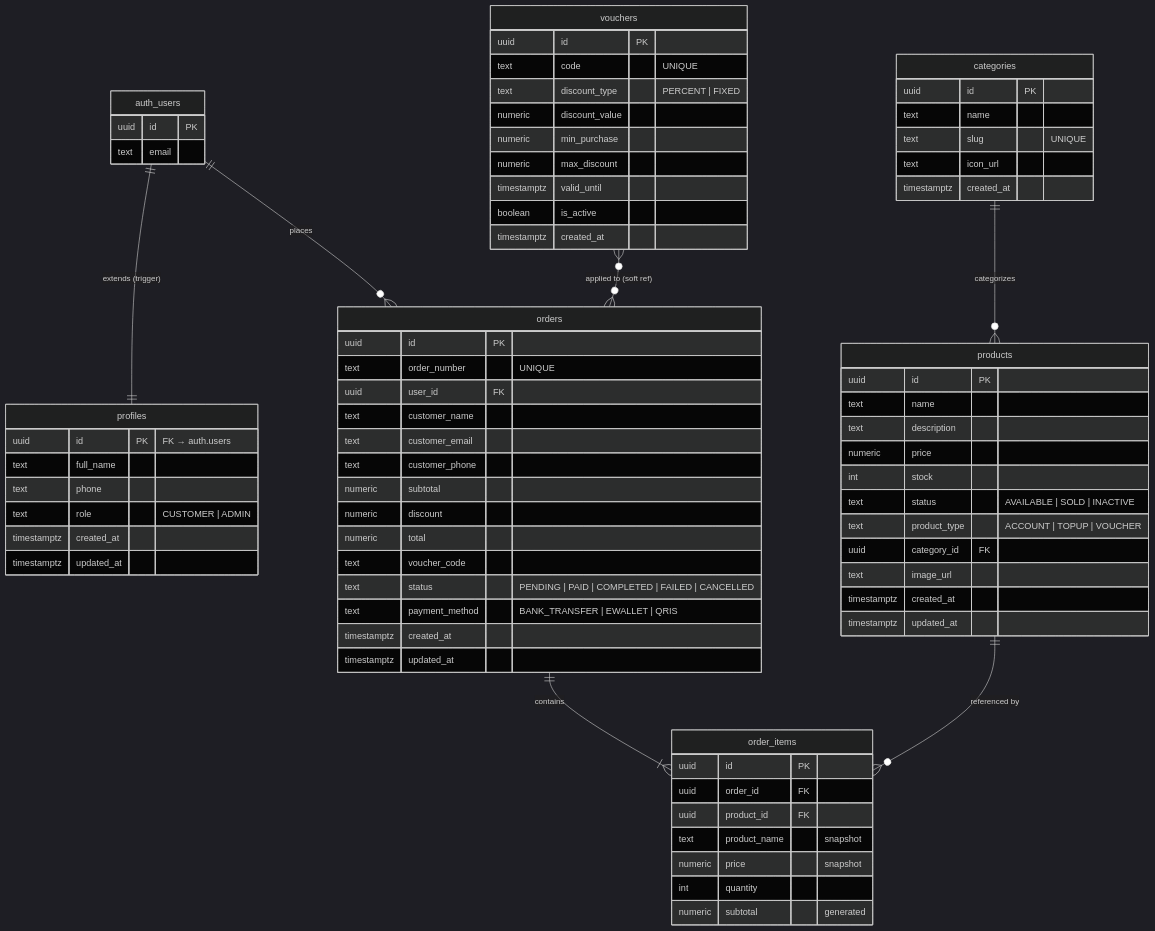
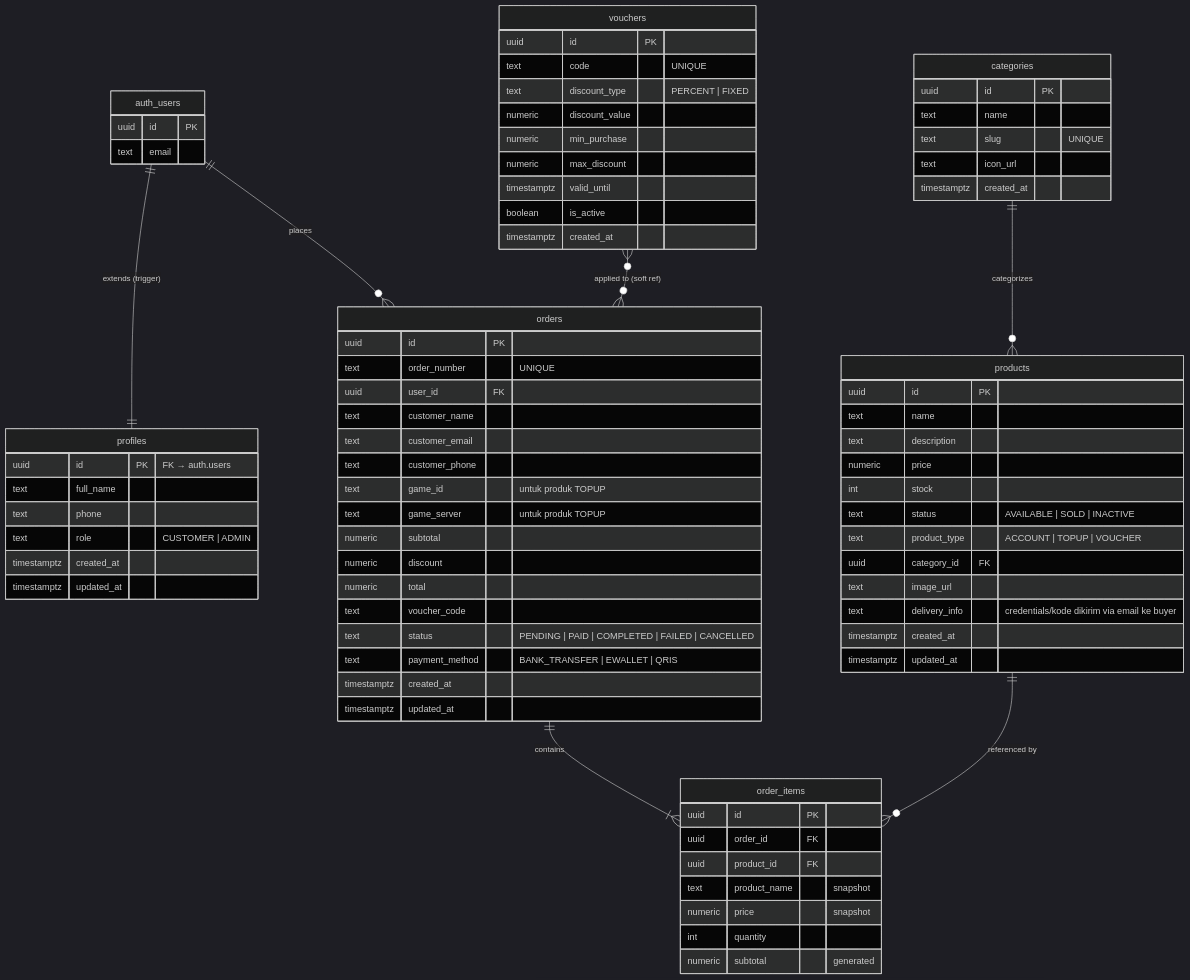
One commit to RaisyalD/johen-marketplace changed the diagram in README.md. Above: the diagram before and after it, drawn with Mermaid (dark theme). The commit also changed other lines of this file, not shown here.

````diff
--- a/README.md
+++ b/README.md
@@ -121,78 +138,81 @@
 ```mermaid
 erDiagram
     auth_users {
         uuid id PK
         text email
     }
     profiles {
         uuid id PK "FK → auth.users"
         text full_name
         text phone
         text role "CUSTOMER | ADMIN"
         timestamptz created_at
         timestamptz updated_at
     }
     categories {
         uuid id PK
         text name
         text slug "UNIQUE"
         text icon_url
         timestamptz created_at
     }
     products {
         uuid id PK
         text name
         text description
         numeric price
         int stock
         text status "AVAILABLE | SOLD | INACTIVE"
         text product_type "ACCOUNT | TOPUP | VOUCHER"
         uuid category_id FK
         text image_url
+        text delivery_info "credentials/kode dikirim via email ke buyer"
         timestamptz created_at
         timestamptz updated_at
     }
     vouchers {
         uuid id PK
         text code "UNIQUE"
         text discount_type "PERCENT | FIXED"
         numeric discount_value
         numeric min_purchase
         numeric max_discount
         timestamptz valid_until
         boolean is_active
         timestamptz created_at
     }
     orders {
         uuid id PK
         text order_number "UNIQUE"
         uuid user_id FK
         text customer_name
         text customer_email
         text customer_phone
+        text game_id "untuk produk TOPUP"
+        text game_server "untuk produk TOPUP"
         numeric subtotal
         numeric discount
         numeric total
         text voucher_code
         text status "PENDING | PAID | COMPLETED | FAILED | CANCELLED"
         text payment_method "BANK_TRANSFER | EWALLET | QRIS"
         timestamptz created_at
         timestamptz updated_at
     }
     order_items {
         uuid id PK
         uuid order_id FK
         uuid product_id FK
         text product_name "snapshot"
         numeric price "snapshot"
         int quantity
         numeric subtotal "generated"
     }
 
     auth_users ||--|| profiles : "extends (trigger)"
     auth_users ||--o{ orders : "places"
     categories ||--o{ products : "categorizes"
     orders ||--|{ order_items : "contains"
     products ||--o{ order_items : "referenced by"
     vouchers }o--o{ orders : "applied to (soft ref)"
 ```
````
